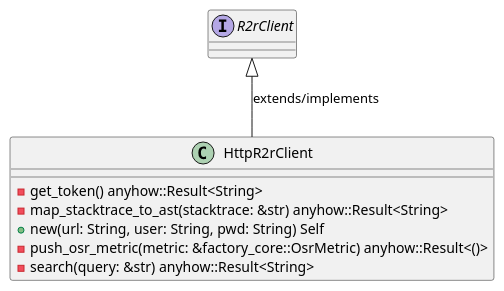
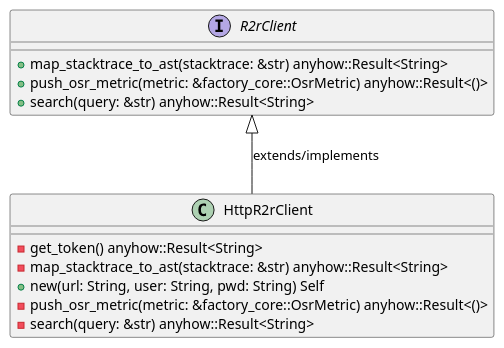
The first of 6 diagrams in openwiki/crates_factory_infrastructure_src_r2r.md (lgcorzo/rust_CACD_autonomous_factory), drawn with PlantUML before and after one commit. The commit also changed other lines of this file and 96 other files, not shown here.

````diff
--- a/openwiki/crates_factory_infrastructure_src_r2r.md
+++ b/openwiki/crates_factory_infrastructure_src_r2r.md
@@ -103,15 +191,18 @@
 ```plantuml
 @startuml
 class HttpR2rClient {
     -get_token() anyhow::Result<String>
     -map_stacktrace_to_ast(stacktrace: &str) anyhow::Result<String>
     +new(url: String, user: String, pwd: String) Self
     -push_osr_metric(metric: &factory_core::OsrMetric) anyhow::Result<()>
     -search(query: &str) anyhow::Result<String>
 }
 R2rClient <|-- HttpR2rClient : extends/implements
 interface R2rClient {
+    +map_stacktrace_to_ast(stacktrace: &str) anyhow::Result<String>
+    +push_osr_metric(metric: &factory_core::OsrMetric) anyhow::Result<()>
+    +search(query: &str) anyhow::Result<String>
 }
 @enduml
 
 ```
````
